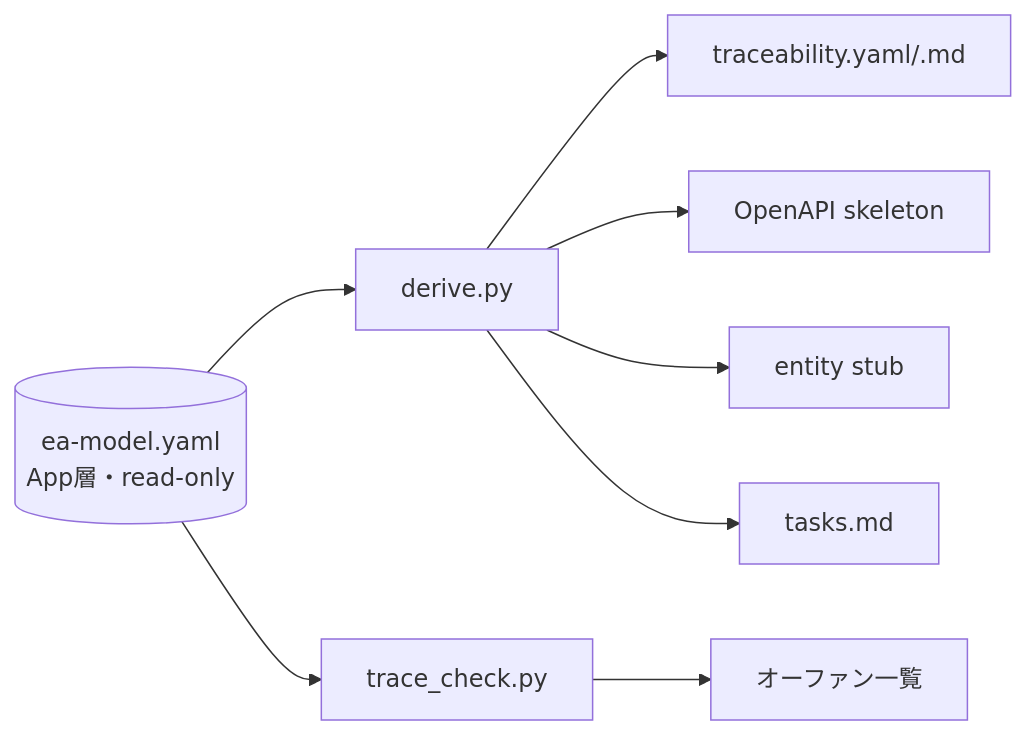
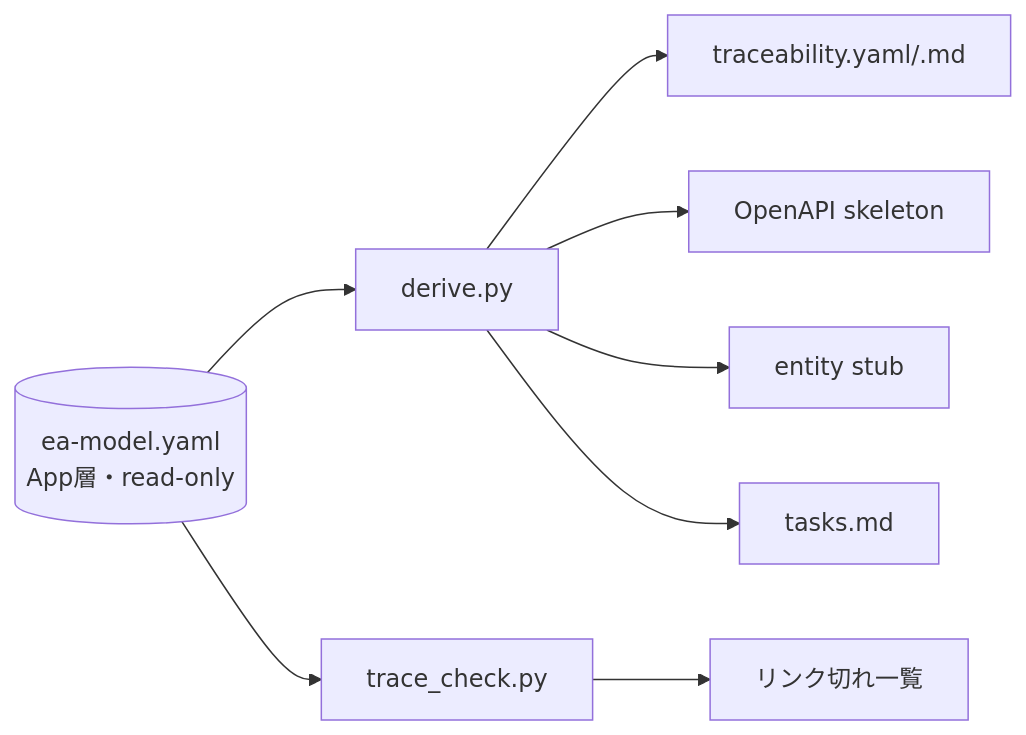
The diagram in site/ea/archimate-to-impl.qmd (dobachi/claude-skills-marketplace), drawn with Mermaid before and after one commit. The commit also changed other lines of this file and 5 other files, not shown here.

````diff
--- a/site/ea/archimate-to-impl.qmd
+++ b/site/ea/archimate-to-impl.qmd
@@ -34,9 +34,9 @@
 ```{mermaid}
 flowchart LR
   M[(ea-model.yaml<br/>App層・read-only)] --> DR[derive.py]
   DR --> TR[traceability.yaml/.md]
   DR --> API[OpenAPI skeleton]
   DR --> EN[entity stub]
   DR --> TK[tasks.md]
-  M --> TC[trace_check.py] --> O[オーファン一覧]
+  M --> TC[trace_check.py] --> O[リンク切れ一覧]
 ```
````
